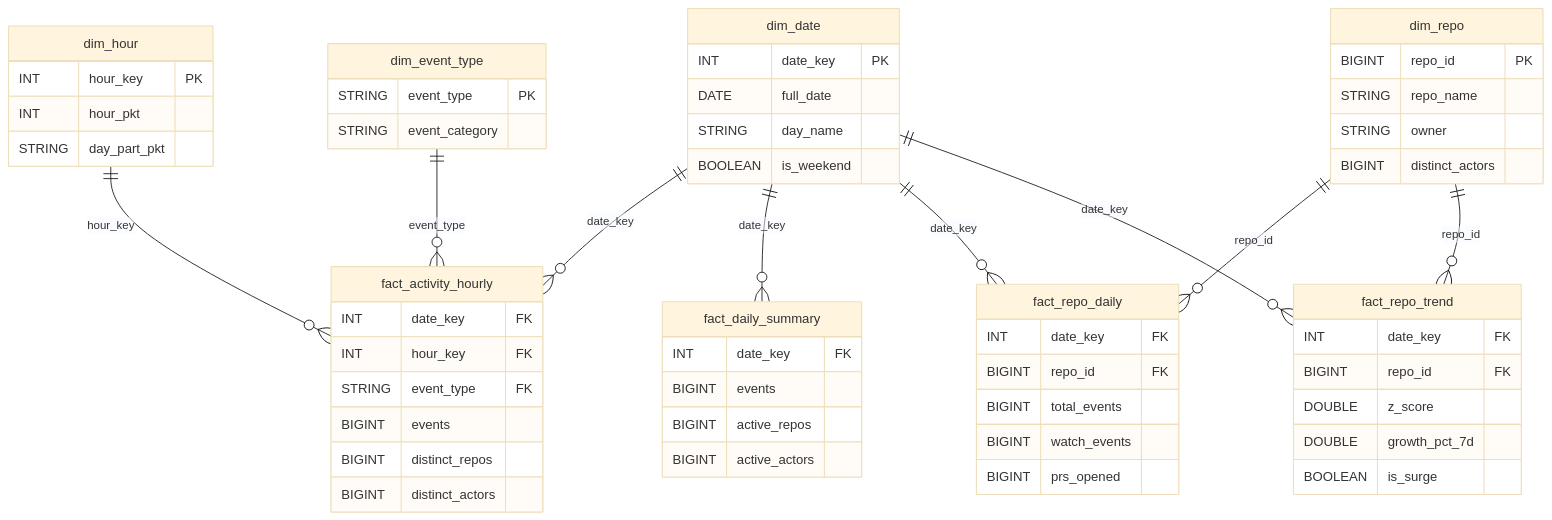
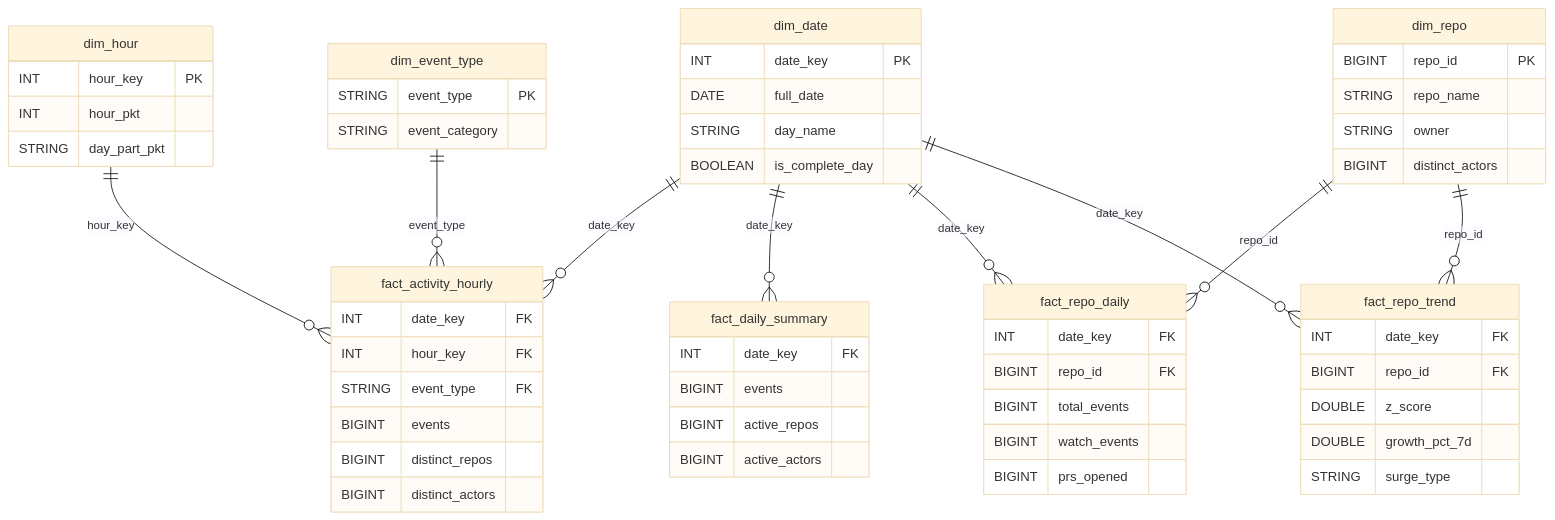
The diagram in docs/GOLD_DATA_DICTIONARY.md (yousuf-iqbal/gharchive-project-health-analytics), drawn with Mermaid (base theme) before and after one commit. The commit also changed other lines of this file and 6 other files, not shown here.

````diff
--- a/docs/GOLD_DATA_DICTIONARY.md
+++ b/docs/GOLD_DATA_DICTIONARY.md
@@ -8,61 +8,61 @@
 ```mermaid
 erDiagram
     dim_date ||--o{ fact_activity_hourly : date_key
     dim_hour ||--o{ fact_activity_hourly : hour_key
     dim_event_type ||--o{ fact_activity_hourly : event_type
     dim_date ||--o{ fact_daily_summary : date_key
     dim_date ||--o{ fact_repo_daily : date_key
     dim_repo ||--o{ fact_repo_daily : repo_id
     dim_date ||--o{ fact_repo_trend : date_key
     dim_repo ||--o{ fact_repo_trend : repo_id
 
     dim_date {
         INT date_key PK
         DATE full_date
         STRING day_name
-        BOOLEAN is_weekend
+        BOOLEAN is_complete_day
     }
     dim_hour {
         INT hour_key PK
         INT hour_pkt
         STRING day_part_pkt
     }
     dim_event_type {
         STRING event_type PK
         STRING event_category
     }
     dim_repo {
         BIGINT repo_id PK
         STRING repo_name
         STRING owner
         BIGINT distinct_actors
     }
     fact_activity_hourly {
         INT date_key FK
         INT hour_key FK
         STRING event_type FK
         BIGINT events
         BIGINT distinct_repos
         BIGINT distinct_actors
     }
     fact_daily_summary {
         INT date_key FK
         BIGINT events
         BIGINT active_repos
         BIGINT active_actors
     }
     fact_repo_daily {
         INT date_key FK
         BIGINT repo_id FK
         BIGINT total_events
         BIGINT watch_events
         BIGINT prs_opened
     }
     fact_repo_trend {
         INT date_key FK
         BIGINT repo_id FK
         DOUBLE z_score
         DOUBLE growth_pct_7d
-        BOOLEAN is_surge
+        STRING surge_type
     }
 ```
````
